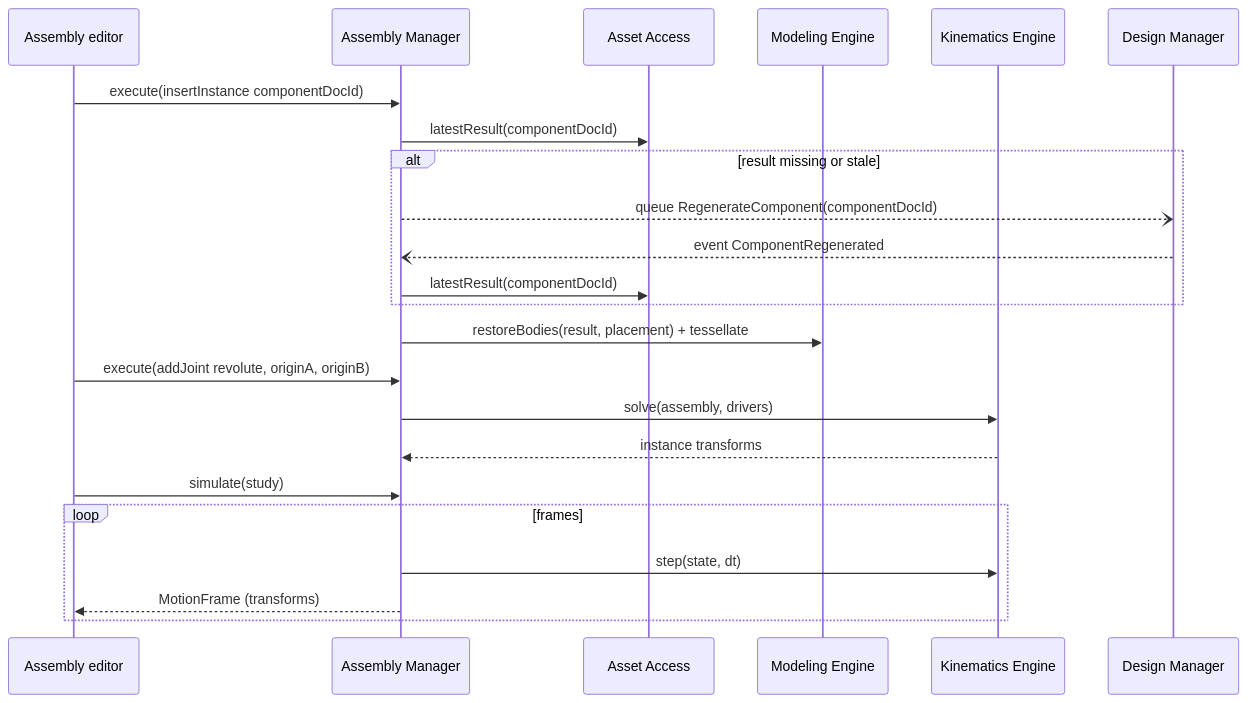
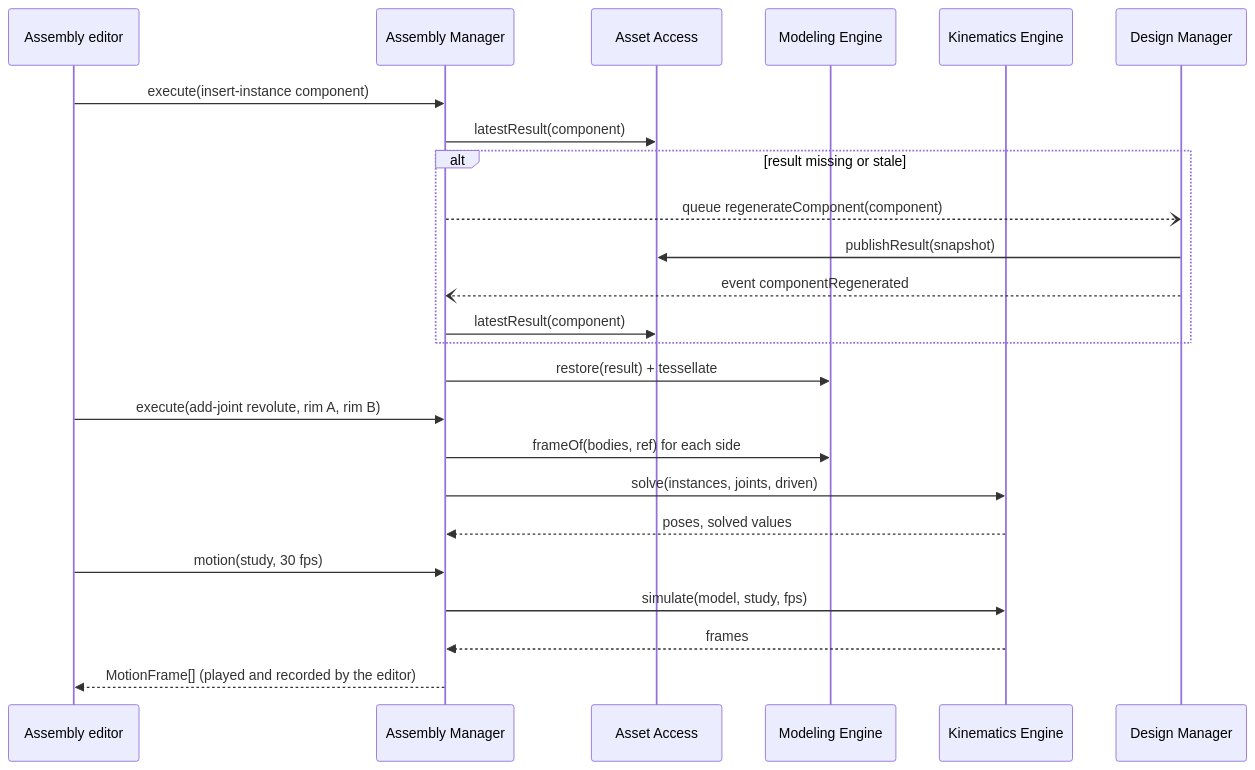
One commit to h3ll5ur7er/CADence changed the sixth of 7 diagrams in docs/Architecture/Use-cases-and-call-chains.md. Above: the diagram before and after it, drawn with Mermaid. The commit also changed 89 other files, not shown here.

First line of the commit message:
CAD-22 to CAD-25: assemblies with instances, joints, kinematics, motion studies, interference and export

````diff
--- a/docs/Architecture/Use-cases-and-call-chains.md
+++ b/docs/Architecture/Use-cases-and-call-chains.md
@@ -133,25 +133,26 @@
 ```mermaid
 sequenceDiagram
   participant AE as Assembly editor
   participant AM as Assembly Manager
   participant AA as Asset Access
   participant ME as Modeling Engine
   participant KE as Kinematics Engine
   participant DM as Design Manager
-  AE->>AM: execute(insertInstance componentDocId)
-  AM->>AA: latestResult(componentDocId)
+  AE->>AM: execute(insert-instance component)
+  AM->>AA: latestResult(component)
   alt result missing or stale
-    AM--)DM: queue RegenerateComponent(componentDocId)
-    DM--)AM: event ComponentRegenerated
-    AM->>AA: latestResult(componentDocId)
+    AM--)DM: queue regenerateComponent(component)
+    DM->>AA: publishResult(snapshot)
+    DM--)AM: event componentRegenerated
+    AM->>AA: latestResult(component)
   end
-  AM->>ME: restoreBodies(result, placement) + tessellate
-  AE->>AM: execute(addJoint revolute, originA, originB)
-  AM->>KE: solve(assembly, drivers)
-  KE-->>AM: instance transforms
-  AE->>AM: simulate(study)
-  loop frames
-    AM->>KE: step(state, dt)
-    AM-->>AE: MotionFrame (transforms)
-  end
+  AM->>ME: restore(result) + tessellate
+  AE->>AM: execute(add-joint revolute, rim A, rim B)
+  AM->>ME: frameOf(bodies, ref) for each side
+  AM->>KE: solve(instances, joints, driven)
+  KE-->>AM: poses, solved values
+  AE->>AM: motion(study, 30 fps)
+  AM->>KE: simulate(model, study, fps)
+  KE-->>AM: frames
+  AM-->>AE: MotionFrame[] (played and recorded by the editor)
 ```
````
